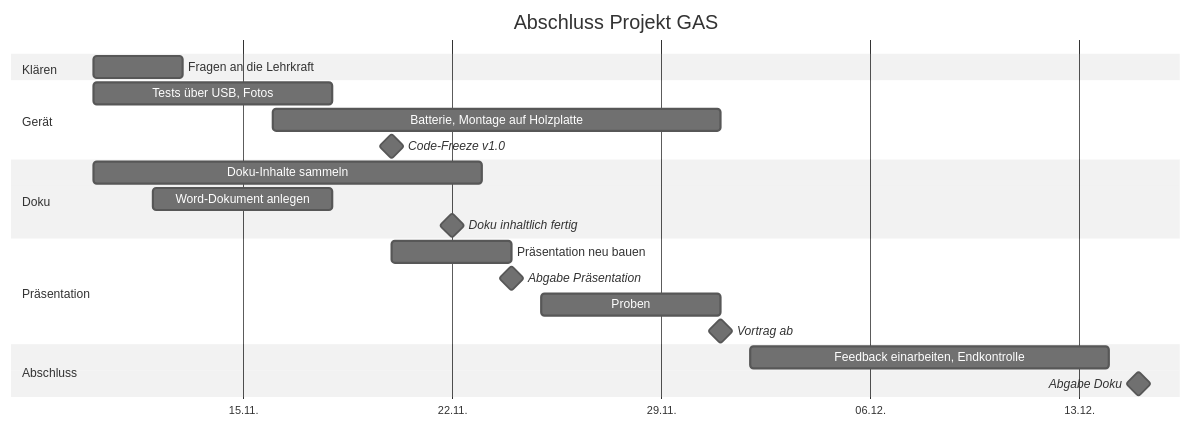
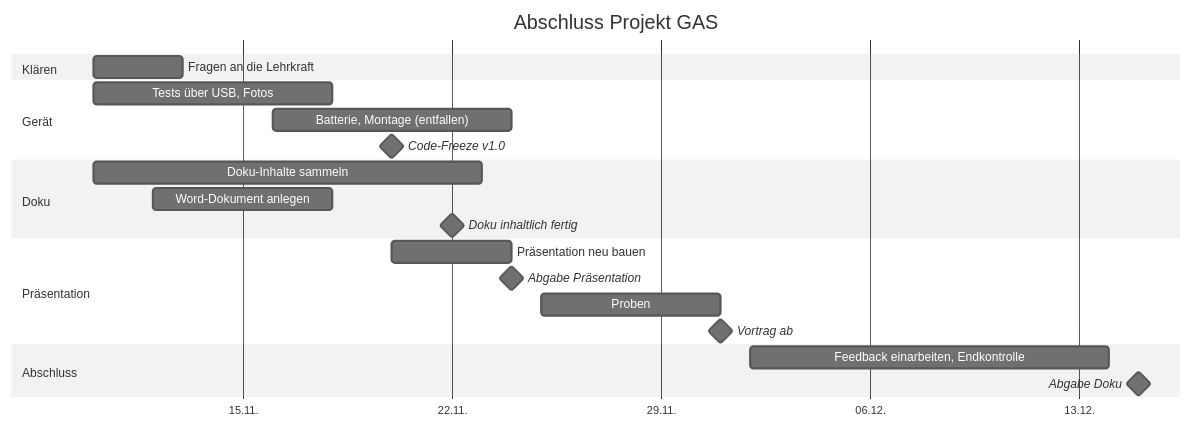
One commit to BBZ-AIFS51/LF7-Projekt_GAS changed the diagram in MDs/abschlussplan.md. Above: the diagram before and after it, drawn with Mermaid (neutral theme). The commit also changed other lines of this file and 7 other files, not shown here.

````diff
--- a/MDs/abschlussplan.md
+++ b/MDs/abschlussplan.md
@@ -80,31 +80,31 @@
 ```mermaid
 gantt
     title Abschluss Projekt GAS
     dateFormat YYYY-MM-DD
     axisFormat %d.%m.
     tickInterval 1week
     todayMarker off
 
     section Klären
     Fragen an die Lehrkraft          :a0, 2026-11-10, 3d
 
     section Gerät
     Tests über USB, Fotos            :a1, 2026-11-10, 8d
-    Batterie, Montage auf Holzplatte :a1b, 2026-11-16, 15d
+    Batterie, Montage (entfallen)    :a1b, 2026-11-16, 8d
     Code-Freeze v1.0                 :milestone, m1, 2026-11-20, 0d
 
     section Doku
     Doku-Inhalte sammeln             :a2, 2026-11-10, 13d
     Word-Dokument anlegen            :a2b, 2026-11-12, 6d
     Doku inhaltlich fertig           :milestone, m2, 2026-11-22, 0d
 
     section Präsentation
     Präsentation neu bauen           :a3, 2026-11-20, 4d
     Abgabe Präsentation              :milestone, m3, 2026-11-24, 0d
     Proben                           :a4, 2026-11-25, 6d
     Vortrag ab                       :milestone, m4, 2026-12-01, 0d
 
     section Abschluss
     Feedback einarbeiten, Endkontrolle :a5, 2026-12-02, 12d
     Abgabe Doku                      :milestone, m5, 2026-12-15, 0d
 ```
````
